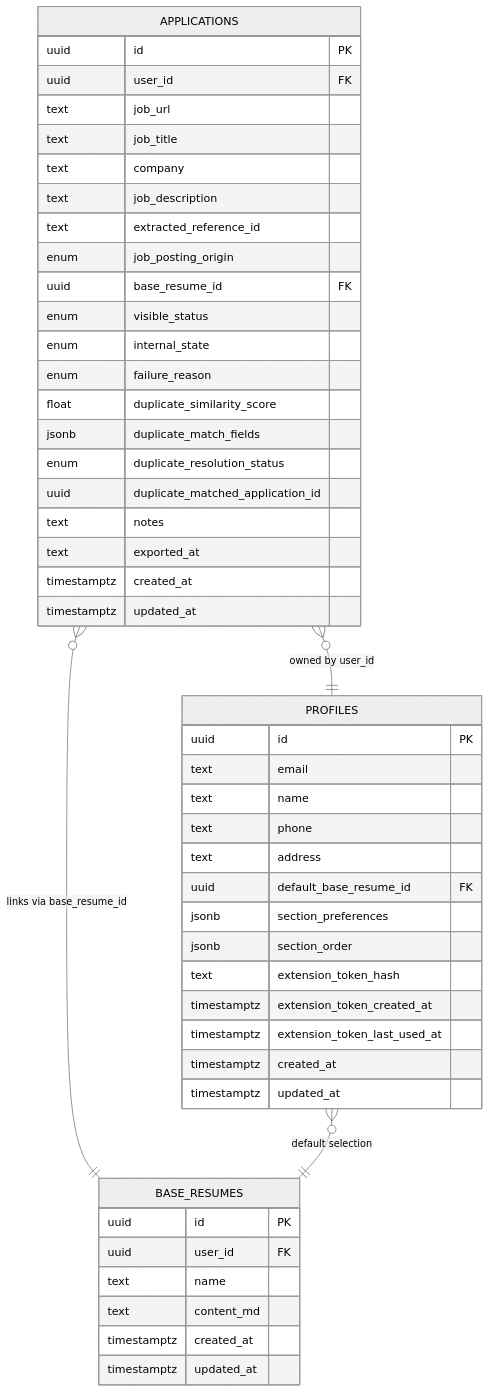
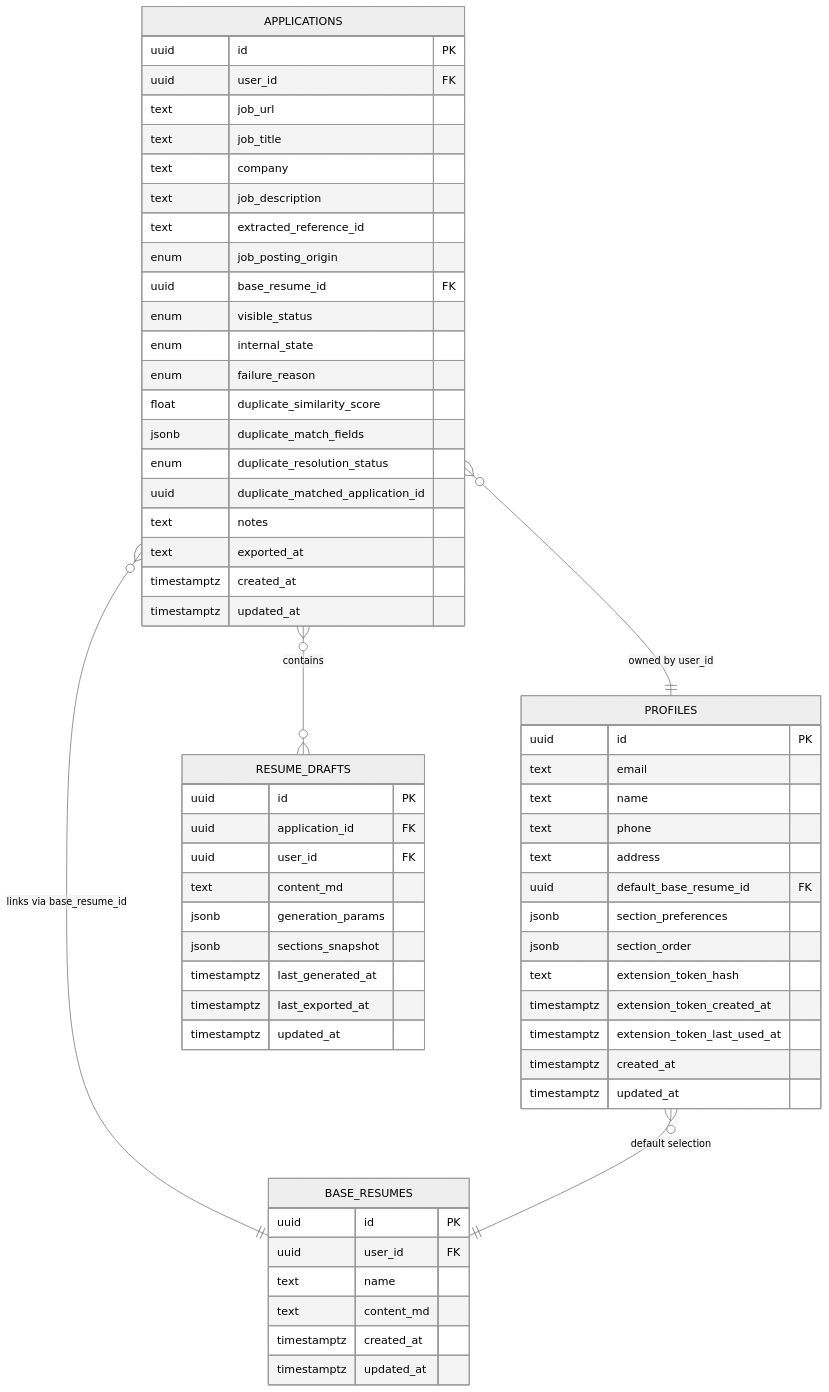
Before and after one commit to sankaL/resume-app: diagram 14 of 14 in .qoder/repowiki/en/content/Backend API/Backend API.md, drawn with Mermaid (neutral theme). The commit also changed other lines of this file and 19 other files, not shown here.

````diff
--- a/.qoder/repowiki/en/content/Backend API/Backend API.md
+++ b/.qoder/repowiki/en/content/Backend API/Backend API.md
@@ -614,51 +812,63 @@
 ```mermaid
 erDiagram
 APPLICATIONS {
 uuid id PK
 uuid user_id FK
 text job_url
 text job_title
 text company
 text job_description
 text extracted_reference_id
 enum job_posting_origin
 uuid base_resume_id FK
 enum visible_status
 enum internal_state
 enum failure_reason
 float duplicate_similarity_score
 jsonb duplicate_match_fields
 enum duplicate_resolution_status
 uuid duplicate_matched_application_id
 text notes
 text exported_at
 timestamptz created_at
 timestamptz updated_at
 }
 BASE_RESUMES {
 uuid id PK
 uuid user_id FK
 text name
 text content_md
 timestamptz created_at
 timestamptz updated_at
 }
 PROFILES {
 uuid id PK
 text email
 text name
 text phone
 text address
 uuid default_base_resume_id FK
 jsonb section_preferences
 jsonb section_order
 text extension_token_hash
 timestamptz extension_token_created_at
 timestamptz extension_token_last_used_at
 timestamptz created_at
 timestamptz updated_at
 }
+RESUME_DRAFTS {
+uuid id PK
+uuid application_id FK
+uuid user_id FK
+text content_md
+jsonb generation_params
+jsonb sections_snapshot
+timestamptz last_generated_at
+timestamptz last_exported_at
+timestamptz updated_at
+}
 APPLICATIONS }o--|| BASE_RESUMES : "links via base_resume_id"
 APPLICATIONS }o--|| PROFILES : "owned by user_id"
+APPLICATIONS }o--o{ RESUME_DRAFTS : "contains"
 PROFILES }o--|| BASE_RESUMES : "default selection"
 ```
````
